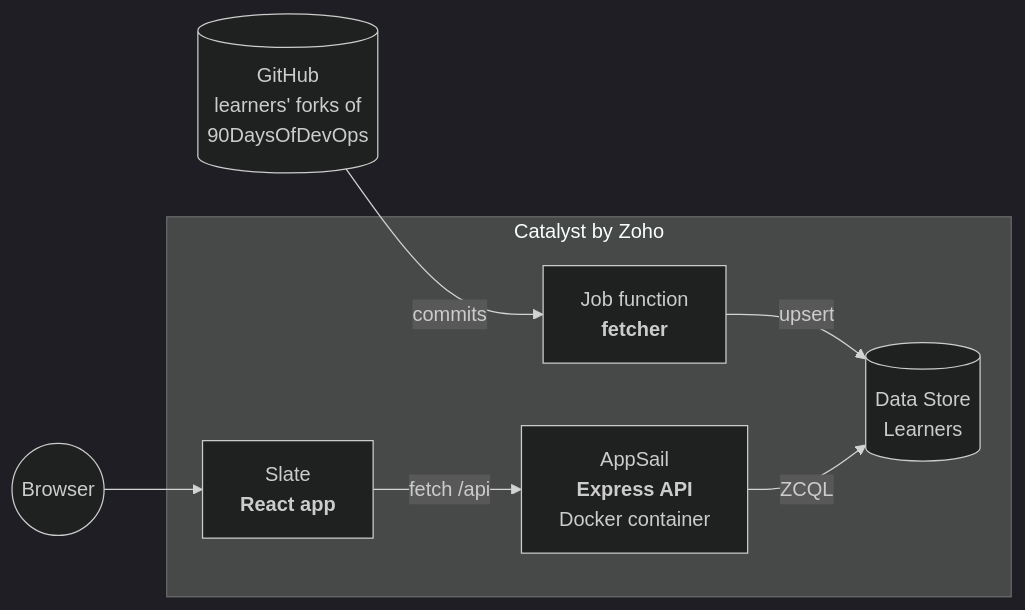
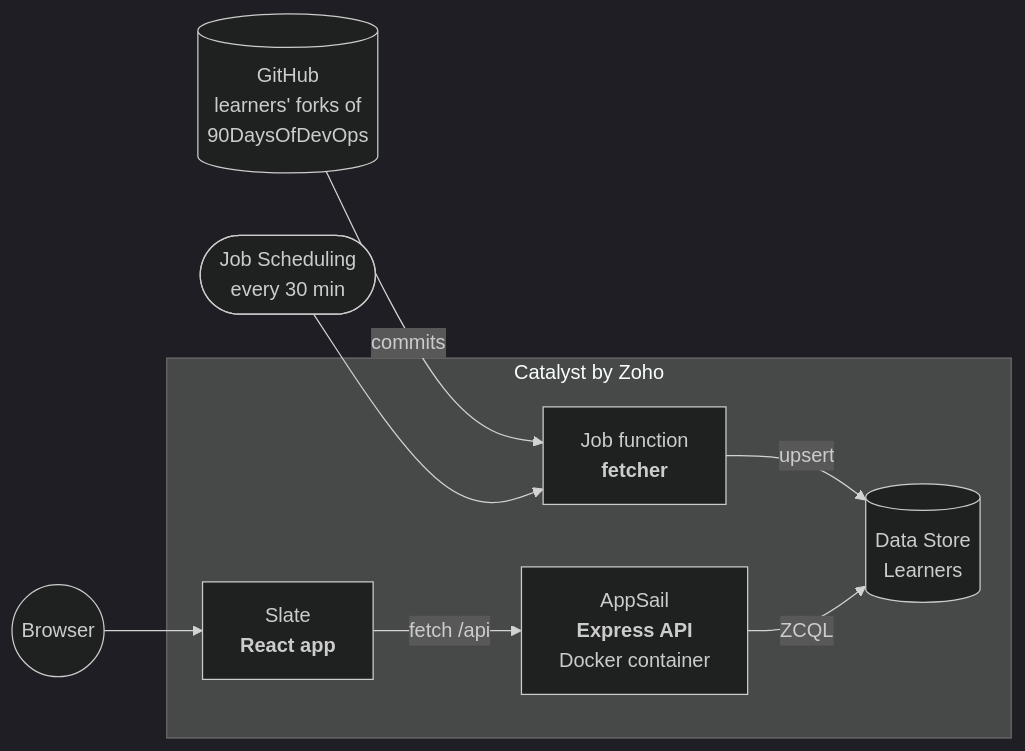
Before and after one commit to LondheShubham153/90days-leaderboard: the first of 2 diagrams in README.md, drawn with Mermaid (dark theme). The commit also changed other lines of this file and 2 other files, not shown here.

````diff
--- a/README.md
+++ b/README.md
@@ -39,10 +58,11 @@
 ```mermaid
 flowchart LR
     GH[("GitHub<br/>learners' forks of<br/>90DaysOfDevOps")] -->|commits| JOB
+    CRON(["Job Scheduling<br/>every 30 min"]) --> JOB
     subgraph Catalyst by Zoho
         JOB["Job function<br/><b>fetcher</b>"] -->|upsert| DS[("Data Store<br/>Learners")]
         API["AppSail<br/><b>Express API</b><br/>Docker container"] -->|ZCQL| DS
         WEB["Slate<br/><b>React app</b>"] -->|fetch /api| API
     end
     User((Browser)) --> WEB
 ```
````
